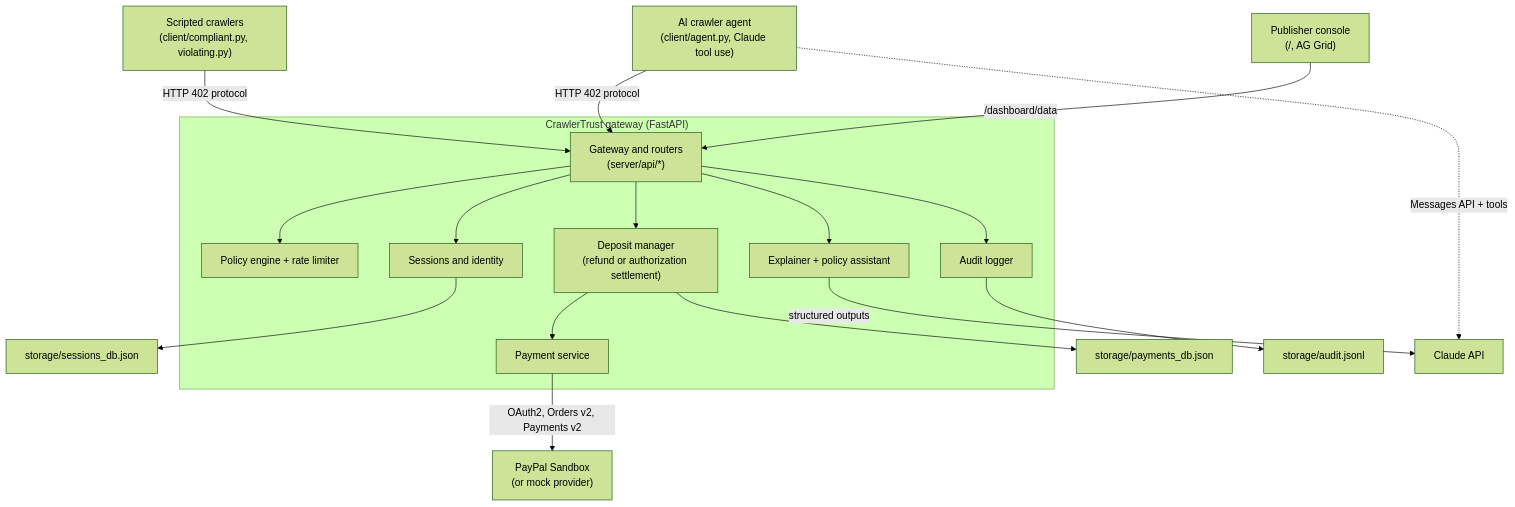
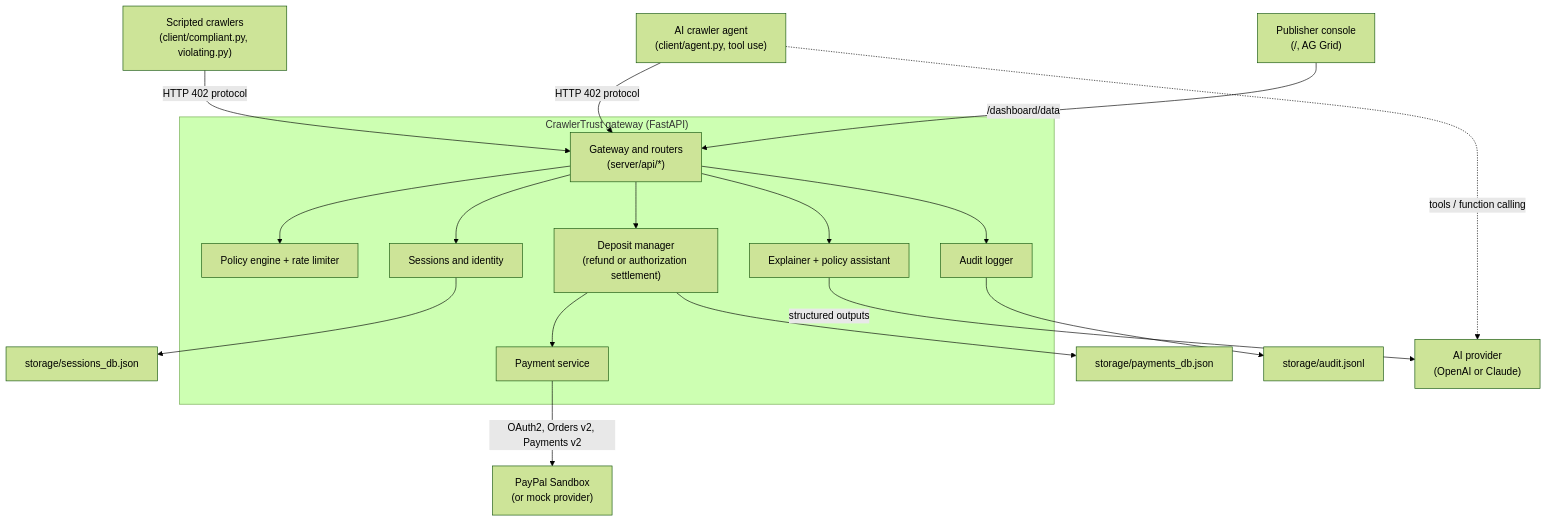
The first of 3 diagrams in README.md (sartech-labs/Paypal-hackathon-idea-1), drawn with Mermaid (forest theme) before and after one commit. The commit also changed other lines of this file and 4 other files, not shown here.

First line of the commit message:
docs: document OpenAI provider and switch the Render Blueprint to OpenAI

````diff
--- a/README.md
+++ b/README.md
@@ -219,22 +221,22 @@
 ```mermaid
 flowchart TD
-    AGENT["AI crawler agent\n(client/agent.py, Claude tool use)"] -->|HTTP 402 protocol| GW
+    AGENT["AI crawler agent\n(client/agent.py, tool use)"] -->|HTTP 402 protocol| GW
     CLI["Scripted crawlers\n(client/compliant.py, violating.py)"] -->|HTTP 402 protocol| GW
     PUB["Publisher console\n(/, AG Grid)"] -->|/dashboard/data| GW
-    AGENT -.->|Messages API + tools| CLAUDE["Claude API"]
+    AGENT -.->|tools / function calling| LLM["AI provider\n(OpenAI or Claude)"]
 
     subgraph Gateway ["CrawlerTrust gateway (FastAPI)"]
         GW["Gateway and routers\n(server/api/*)"] --> PE["Policy engine + rate limiter"]
         GW --> SM["Sessions and identity"]
         GW --> DM["Deposit manager\n(refund or authorization settlement)"]
         GW --> EX["Explainer + policy assistant"]
         GW --> AL["Audit logger"]
         DM --> PS["Payment service"]
     end
 
-    EX -->|structured outputs| CLAUDE
+    EX -->|structured outputs| LLM
     PS -->|OAuth2, Orders v2, Payments v2| PP["PayPal Sandbox\n(or mock provider)"]
     AL --> LOG["storage/audit.jsonl"]
     DM --> PDB["storage/payments_db.json"]
     SM --> SDB["storage/sessions_db.json"]
 ```
````
